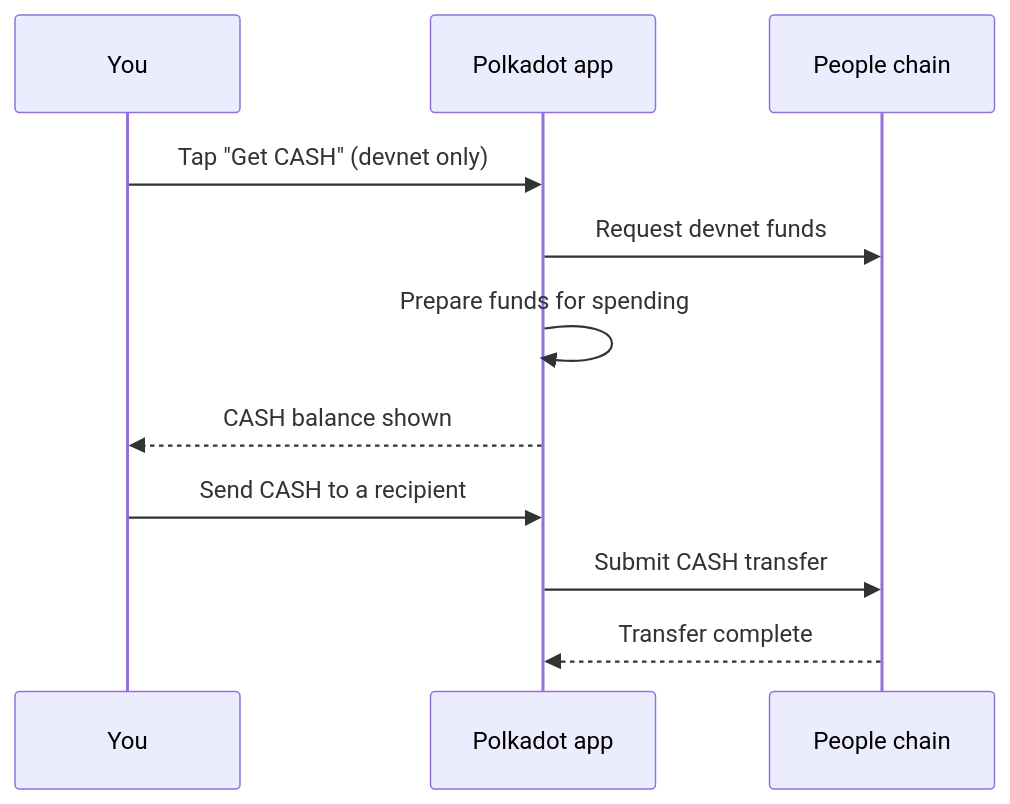
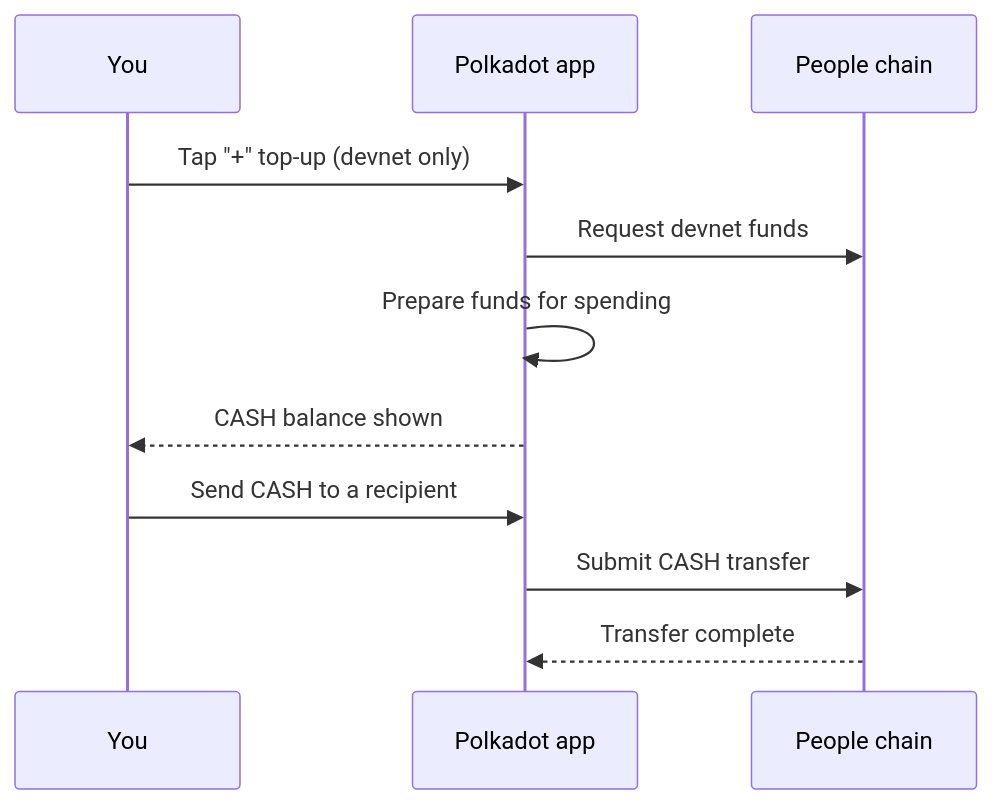
The diagram in docs/guides/get-and-use-cash.md (Polkadot-Community-Foundation/polkadot-app-docs), drawn with Mermaid before and after one commit. The commit also changed other lines of this file and 31 other files, not shown here.

````diff
--- a/docs/guides/get-and-use-cash.md
+++ b/docs/guides/get-and-use-cash.md
@@ -71,13 +83,13 @@
 ```mermaid
 sequenceDiagram
   participant U as You
   participant App as Polkadot app
   participant P as People chain
-  U->>App: Tap "Get CASH" (devnet only)
+  U->>App: Tap "+" top-up (devnet only)
   App->>P: Request devnet funds
   App->>App: Prepare funds for spending
   App-->>U: CASH balance shown
   U->>App: Send CASH to a recipient
   App->>P: Submit CASH transfer
   P-->>App: Transfer complete
 ```
````
